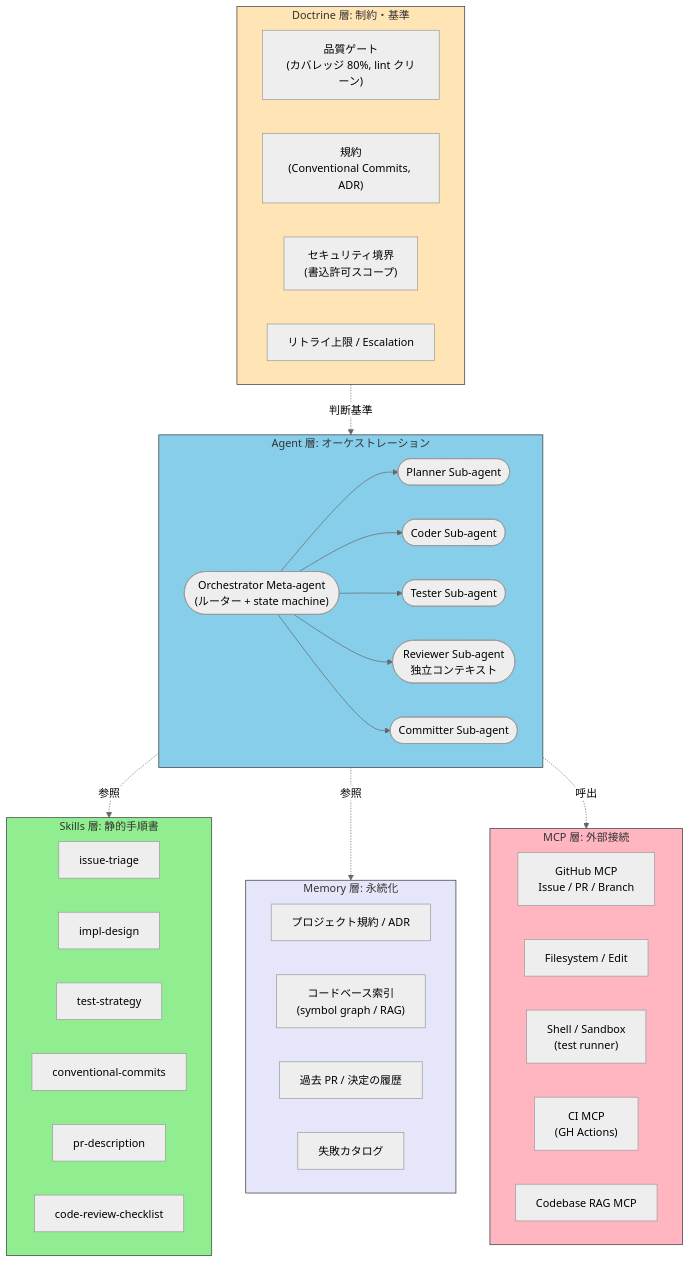
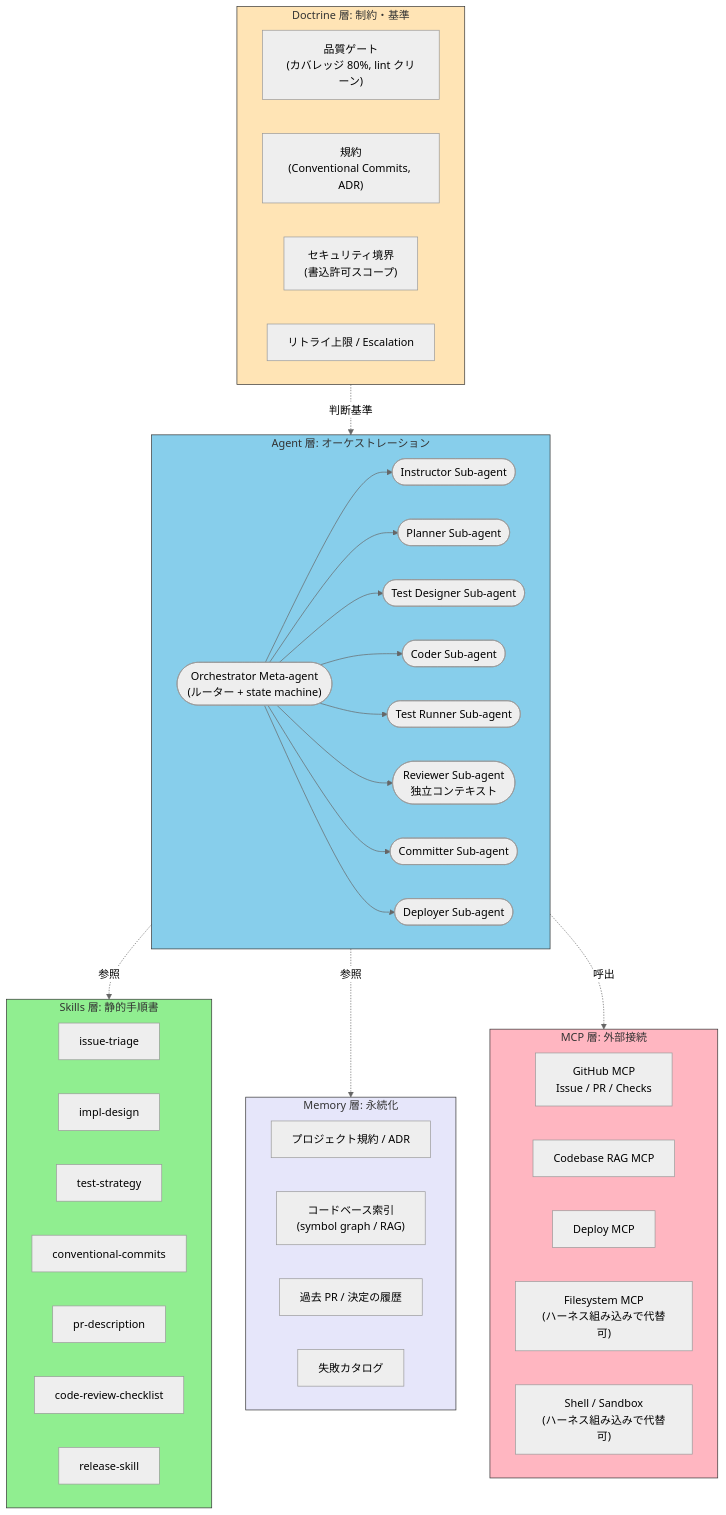
The second of 8 diagrams in docs/ja/workflows/autonomous-dev-meta-agent.md (shuji-bonji/ai-agent-architecture), drawn with Mermaid (neutral theme) before and after one commit. The commit also changed other lines of this file and 1 other file, not shown here.

Commit message:
fix: Issue→Deploy 自律化: Meta-agent + Sub-agent パターン の訂正

````diff
--- a/docs/ja/workflows/autonomous-dev-meta-agent.md
+++ b/docs/ja/workflows/autonomous-dev-meta-agent.md
@@ -59,58 +61,65 @@
 ```mermaid
 flowchart TB
     subgraph DOCTRINE["Doctrine 層: 制約・基準"]
         D1["品質ゲート<br/>(カバレッジ 80%, lint クリーン)"]
         D2["規約<br/>(Conventional Commits, ADR)"]
         D3["セキュリティ境界<br/>(書込許可スコープ)"]
         D4["リトライ上限 / Escalation"]
     end
 
     subgraph AGENT["Agent 層: オーケストレーション"]
         ORCH(["Orchestrator Meta-agent<br/>(ルーター + state machine)"])
+        INSTR(["Instructor Sub-agent"])
         PLAN(["Planner Sub-agent"])
+        TDESIGN(["Test Designer Sub-agent"])
         CODER(["Coder Sub-agent"])
-        TESTER(["Tester Sub-agent"])
+        TRUN(["Test Runner Sub-agent"])
         REVIEWER(["Reviewer Sub-agent<br/>独立コンテキスト"])
         COMMITTER(["Committer Sub-agent"])
+        DEPLOYER(["Deployer Sub-agent"])
     end
 
     subgraph SKILLS["Skills 層: 静的手順書"]
         S1["issue-triage"]
         S2["impl-design"]
         S3["test-strategy"]
         S4["conventional-commits"]
         S5["pr-description"]
         S6["code-review-checklist"]
+        S7["release-skill"]
     end
 
     subgraph MEMORY["Memory 層: 永続化"]
         M1["プロジェクト規約 / ADR"]
         M2["コードベース索引<br/>(symbol graph / RAG)"]
         M3["過去 PR / 決定の履歴"]
         M4["失敗カタログ"]
     end
 
     subgraph MCP["MCP 層: 外部接続"]
-        T1["GitHub MCP<br/>Issue / PR / Branch"]
-        T2["Filesystem / Edit"]
-        T3["Shell / Sandbox<br/>(test runner)"]
-        T4["CI MCP<br/>(GH Actions)"]
-        T5["Codebase RAG MCP"]
+        T1["GitHub MCP<br/>Issue / PR / Checks"]
+        T2["Codebase RAG MCP"]
+        T3["Deploy MCP"]
+        T4["Filesystem MCP<br/>(ハーネス組み込みで代替可)"]
+        T5["Shell / Sandbox<br/>(ハーネス組み込みで代替可)"]
     end
 
+    ORCH --> INSTR
     ORCH --> PLAN
+    ORCH --> TDESIGN
     ORCH --> CODER
-    ORCH --> TESTER
+    ORCH --> TRUN
     ORCH --> REVIEWER
     ORCH --> COMMITTER
+    ORCH --> DEPLOYER
     DOCTRINE -.判断基準.-> AGENT
     AGENT -.参照.-> SKILLS
     AGENT -.参照.-> MEMORY
     AGENT -.呼出.-> MCP
 
     style DOCTRINE fill:#FFE4B5,color:#333,stroke:#333
     style AGENT fill:#87CEEB,color:#333,stroke:#333
     style SKILLS fill:#90EE90,color:#333,stroke:#333
     style MEMORY fill:#E6E6FA,color:#333,stroke:#333
     style MCP fill:#FFB6C1,color:#333,stroke:#333
 ```
````
